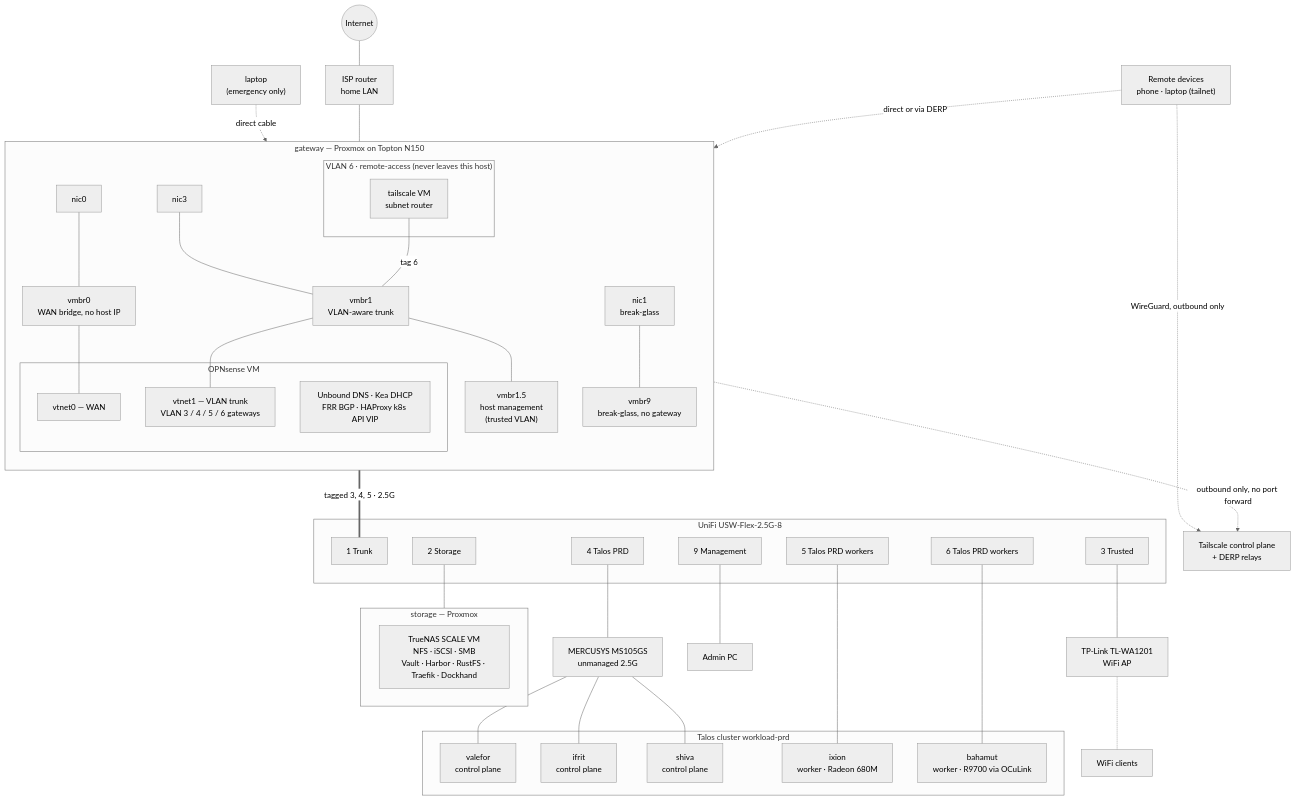
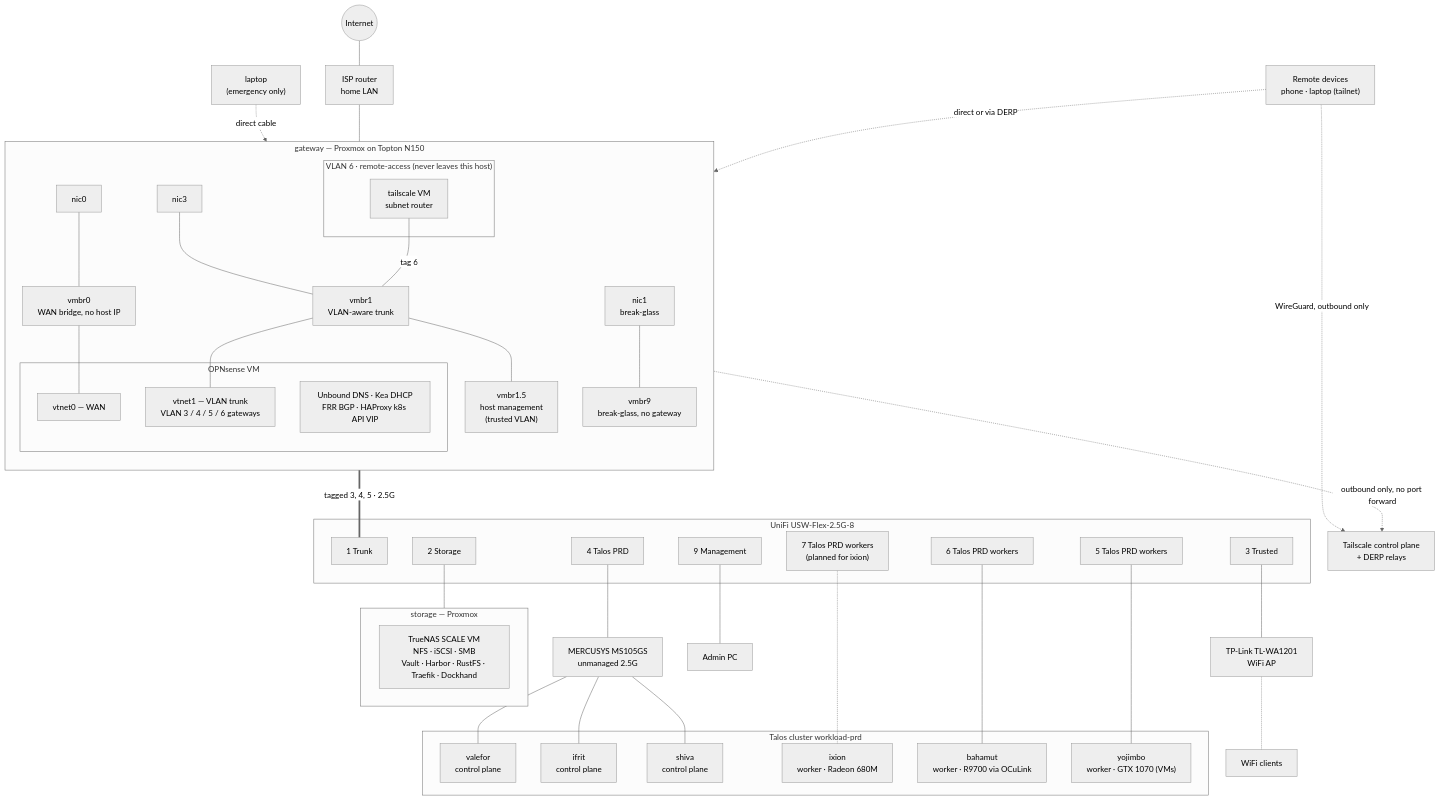
The diagram in docs/NETWORK.md (yuriy-kovalchuk/Homelab), drawn with Mermaid (neutral theme) before and after one commit. The commit also changed other lines of this file and 12 other files, not shown here.

````diff
--- a/docs/NETWORK.md
+++ b/docs/NETWORK.md
@@ -9,76 +9,79 @@
 ```mermaid
 flowchart TB
     internet((Internet))
     tsctl["Tailscale control plane<br/>+ DERP relays"]
     remote["Remote devices<br/>phone · laptop (tailnet)"]
     isp["ISP router<br/>home LAN"]
 
     subgraph gw["gateway — Proxmox on Topton N150"]
         direction TB
         eth0["nic0"]
         eth3["nic3"]
         nic1["nic1<br/>break-glass"]
         vmbr0["vmbr0<br/>WAN bridge, no host IP"]
         vmbr1["vmbr1<br/>VLAN-aware trunk"]
         mgmt["vmbr1.5<br/>host management<br/>(trusted VLAN)"]
         vmbr9["vmbr9<br/>break-glass, no gateway"]
         subgraph opn["OPNsense VM"]
             wan["vtnet0 — WAN"]
             lan["vtnet1 — VLAN trunk<br/>VLAN 3 / 4 / 5 / 6 gateways"]
             svc["Unbound DNS · Kea DHCP<br/>FRR BGP · HAProxy k8s API VIP"]
         end
         subgraph v6["VLAN 6 · remote-access (never leaves this host)"]
             ts["tailscale VM<br/>subnet router"]
         end
         eth0 --- vmbr0 --- wan
         eth3 --- vmbr1 --- lan
         ts ---|"tag 6"| vmbr1
         vmbr1 --- mgmt
         nic1 --- vmbr9
     end
     laptop["laptop<br/>(emergency only)"] -.->|direct cable| nic1
 
     subgraph sw["UniFi USW-Flex-2.5G-8"]
         p1["1 Trunk"]
         p2["2 Storage"]
         p3["3 Trusted"]
         p4["4 Talos PRD"]
         p5["5 Talos PRD workers"]
         p6["6 Talos PRD workers"]
+        p7["7 Talos PRD workers<br/>(planned for ixion)"]
         p9["9 Management"]
     end
 
     subgraph storage["storage — Proxmox"]
         truenas["TrueNAS SCALE VM<br/>NFS · iSCSI · SMB<br/>Vault · Harbor · RustFS · Traefik · Dockhand"]
     end
 
     ap["TP-Link TL-WA1201<br/>WiFi AP"]
     wifi["WiFi clients"]
     pc["Admin PC"]
 
     mercusys["MERCUSYS MS105GS<br/>unmanaged 2.5G"]
 
     subgraph k8s["Talos cluster workload-prd"]
         valefor["valefor<br/>control plane"]
         ifrit["ifrit<br/>control plane"]
         shiva["shiva<br/>control plane"]
         ixion["ixion<br/>worker · Radeon 680M"]
         bahamut["bahamut<br/>worker · R9700 via OCuLink"]
+        yojimbo["yojimbo<br/>worker · GTX 1070 (VMs)"]
     end
 
     internet --- isp --- eth0
     eth3 ===|"tagged 3, 4, 5 · 2.5G"| p1
     p2 --- storage
     p3 --- ap -.- wifi
     p9 --- pc
     p4 --- mercusys
     mercusys --- valefor
     mercusys --- ifrit
     mercusys --- shiva
-    p5 --- ixion
+    p5 --- yojimbo
     p6 --- bahamut
+    p7 -.- ixion
 
     remote -.->|"WireGuard, outbound only"| tsctl
     ts -.->|"outbound only, no port forward"| tsctl
     remote -.->|"direct or via DERP"| ts
 ```
````
